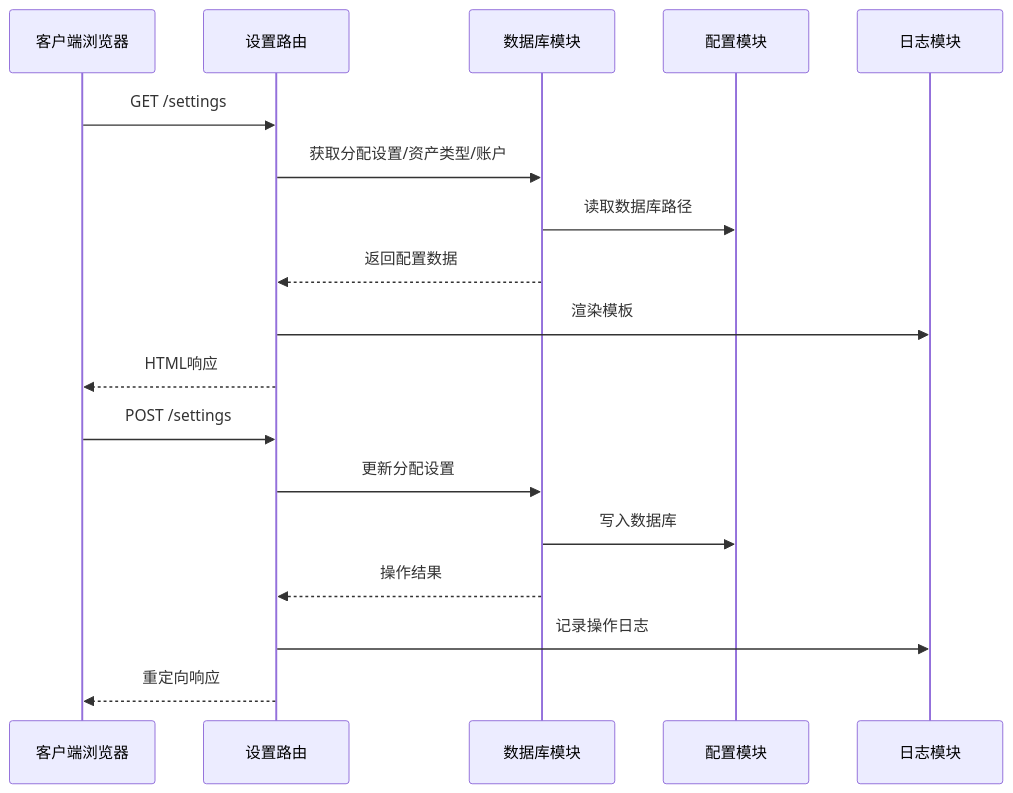
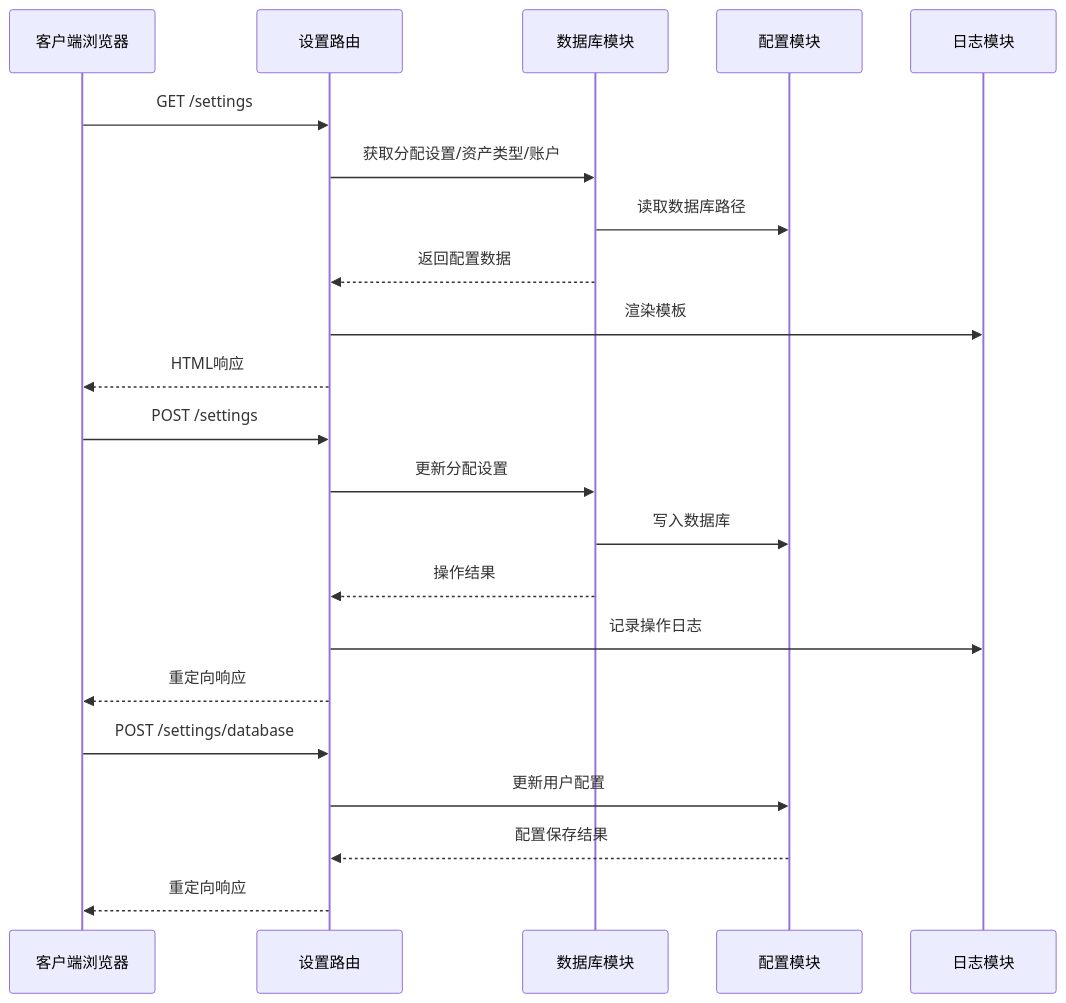
One commit to macrohuang/invest-log changed the second of 5 diagrams in .qoder/repowiki/zh/content/路由系统/系统设置路由.md. Above: the diagram before and after it, drawn with Mermaid. The commit also changed other lines of this file and 11 other files, not shown here.

````diff
--- a/.qoder/repowiki/zh/content/路由系统/系统设置路由.md
+++ b/.qoder/repowiki/zh/content/路由系统/系统设置路由.md
@@ -86,20 +99,24 @@
 ```mermaid
 sequenceDiagram
 participant Client as 客户端浏览器
 participant Router as 设置路由
 participant DB as 数据库模块
 participant Config as 配置模块
 participant Logger as 日志模块
 Client->>Router : GET /settings
 Router->>DB : 获取分配设置/资产类型/账户
 DB->>Config : 读取数据库路径
 DB-->>Router : 返回配置数据
 Router->>Logger : 渲染模板
 Router-->>Client : HTML响应
 Client->>Router : POST /settings
 Router->>DB : 更新分配设置
 DB->>Config : 写入数据库
 DB-->>Router : 操作结果
 Router->>Logger : 记录操作日志
 Router-->>Client : 重定向响应
+Client->>Router : POST /settings/database
+Router->>Config : 更新用户配置
+Config-->>Router : 配置保存结果
+Router-->>Client : 重定向响应
 ```
````
